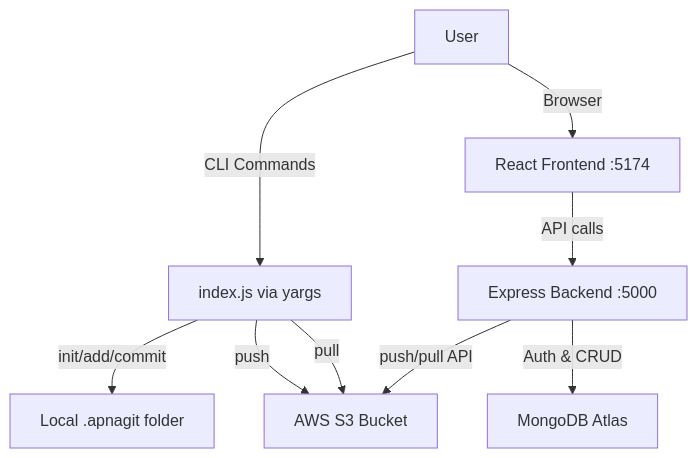
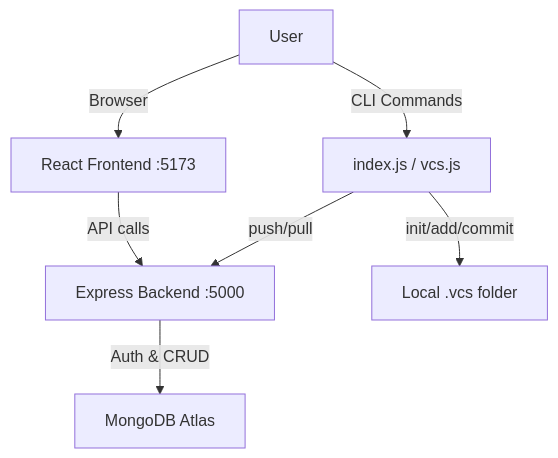
One commit to sheetal783/version-control-system changed the diagram in project_walkthrough.md. Above: the diagram before and after it, drawn with Mermaid. The commit also changed other lines of this file and 29 other files, not shown here.

Commit message:
chore: push frontend changes and updated backend routes

````diff
--- a/project_walkthrough.md
+++ b/project_walkthrough.md
@@ -18,11 +18,9 @@
 ```mermaid
 graph TD
-    A[User] -->|CLI Commands| B[index.js via yargs]
-    A -->|Browser| C[React Frontend :5174]
+    A[User] -->|CLI Commands| B[index.js / vcs.js]
+    A -->|Browser| C[React Frontend :5173]
     C -->|API calls| D[Express Backend :5000]
     D -->|Auth & CRUD| E[MongoDB Atlas]
-    B -->|init/add/commit| F[Local .apnagit folder]
-    B -->|push| G[AWS S3 Bucket]
-    B -->|pull| G
-    D -->|push/pull API| G
+    B -->|init/add/commit| F[Local .vcs folder]
+    B -->|push/pull| D
 ```
````
